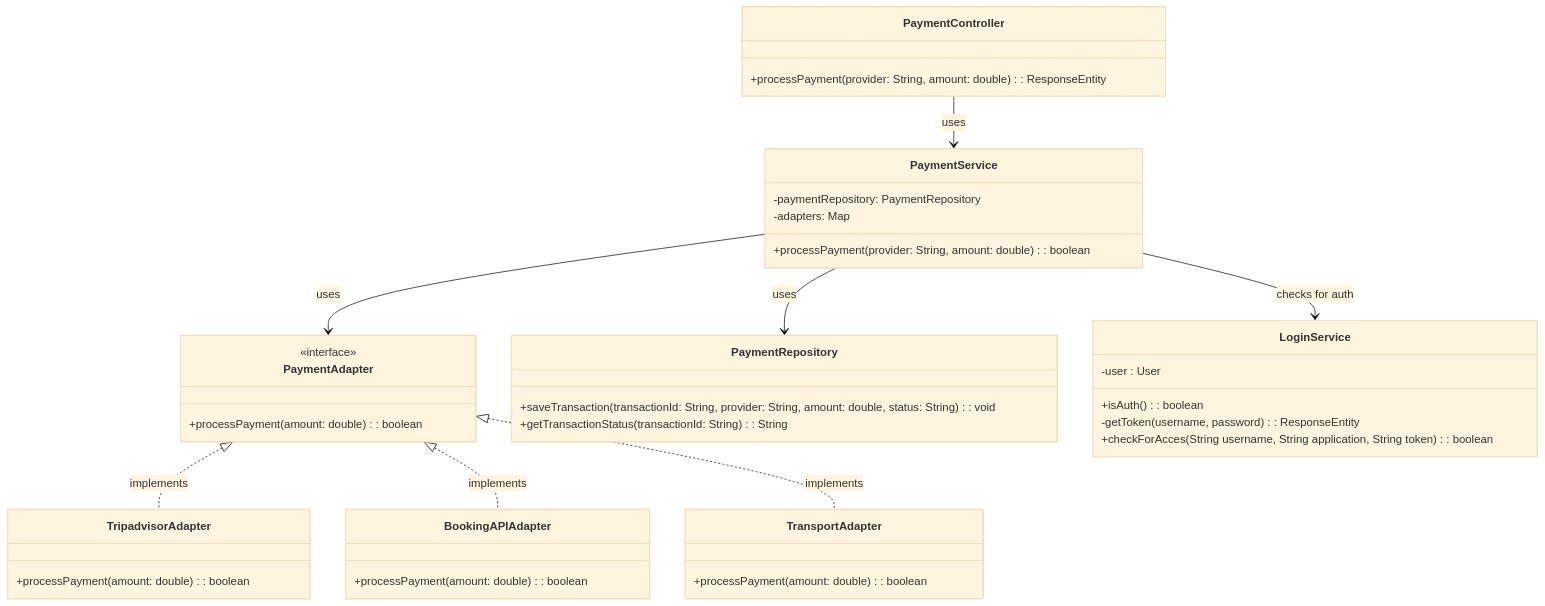
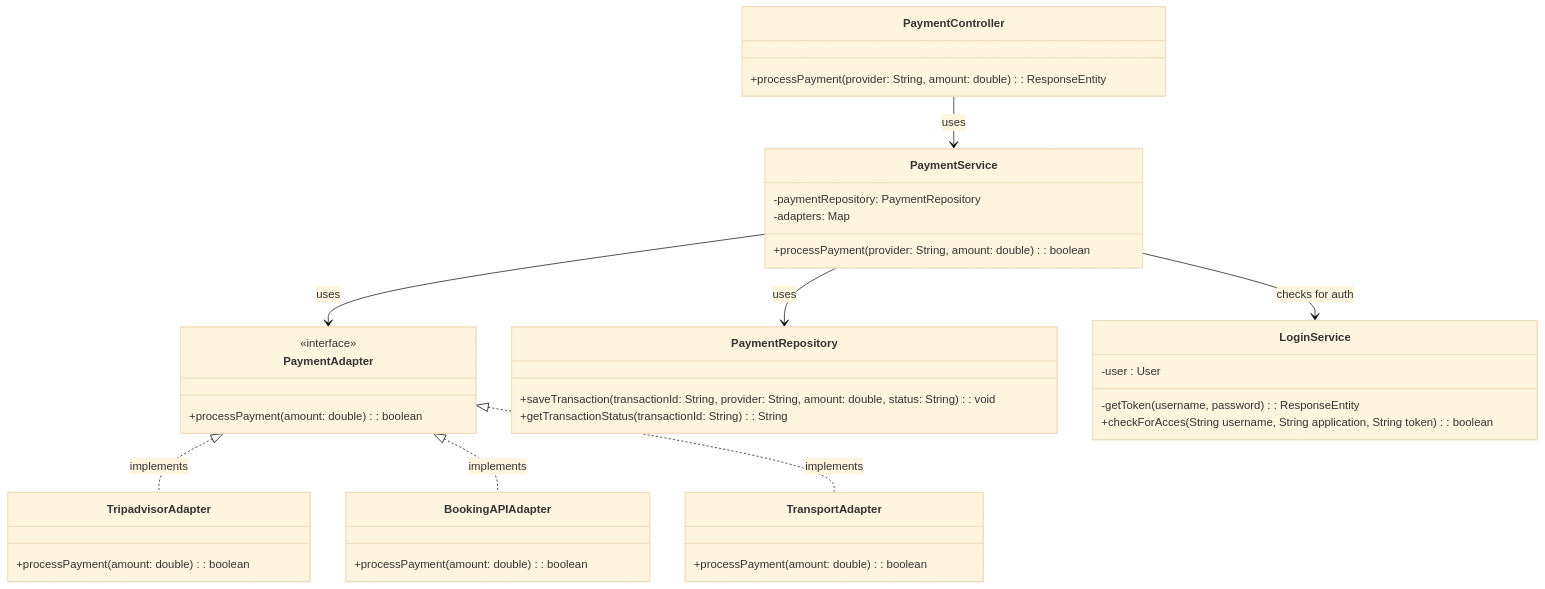
Before and after one commit to AIM-ENE-feb25/triptop-inshallahboys: the second of 3 diagrams in software-guidebook/README.md, drawn with Mermaid (base theme). The commit also changed other lines of this file, not shown here.

````diff
--- a/software-guidebook/README.md
+++ b/software-guidebook/README.md
@@ -166,50 +165,49 @@
 ```mermaid
 classDiagram
     class PaymentController {
         +processPayment(provider: String, amount: double): ResponseEntity<String>
     }
 
     class PaymentService {
         +processPayment(provider: String, amount: double): boolean
         -paymentRepository: PaymentRepository
         -adapters: Map<String, PaymentAdapter>
     }
 
     class PaymentAdapter {
         <<interface>>
         +processPayment(amount: double): boolean
     }
 
     class TripadvisorAdapter {
         +processPayment(amount: double): boolean
     }
 
     class BookingAPIAdapter {
         +processPayment(amount: double): boolean
     }
 
     class TransportAdapter {
         +processPayment(amount: double): boolean
     }
 
     class PaymentRepository {
         +saveTransaction(transactionId: String, provider: String, amount: double, status: String): void
         +getTransactionStatus(transactionId: String): String
     }
 
     class LoginService{
         -user : User
-        +isAuth() : boolean
         -getToken(username, password) : ResponseEntity<String>
         +checkForAcces(String username, String application, String token) : boolean
     }
 
     %% Relaties tussen de klassen
     PaymentController --> PaymentService : uses
     PaymentService --> PaymentAdapter : uses
     PaymentService --> PaymentRepository : uses
     PaymentAdapter <|.. TripadvisorAdapter : implements
     PaymentAdapter <|.. BookingAPIAdapter : implements
     PaymentAdapter <|.. TransportAdapter : implements
     PaymentService --> LoginService : checks for auth
 ```
````
